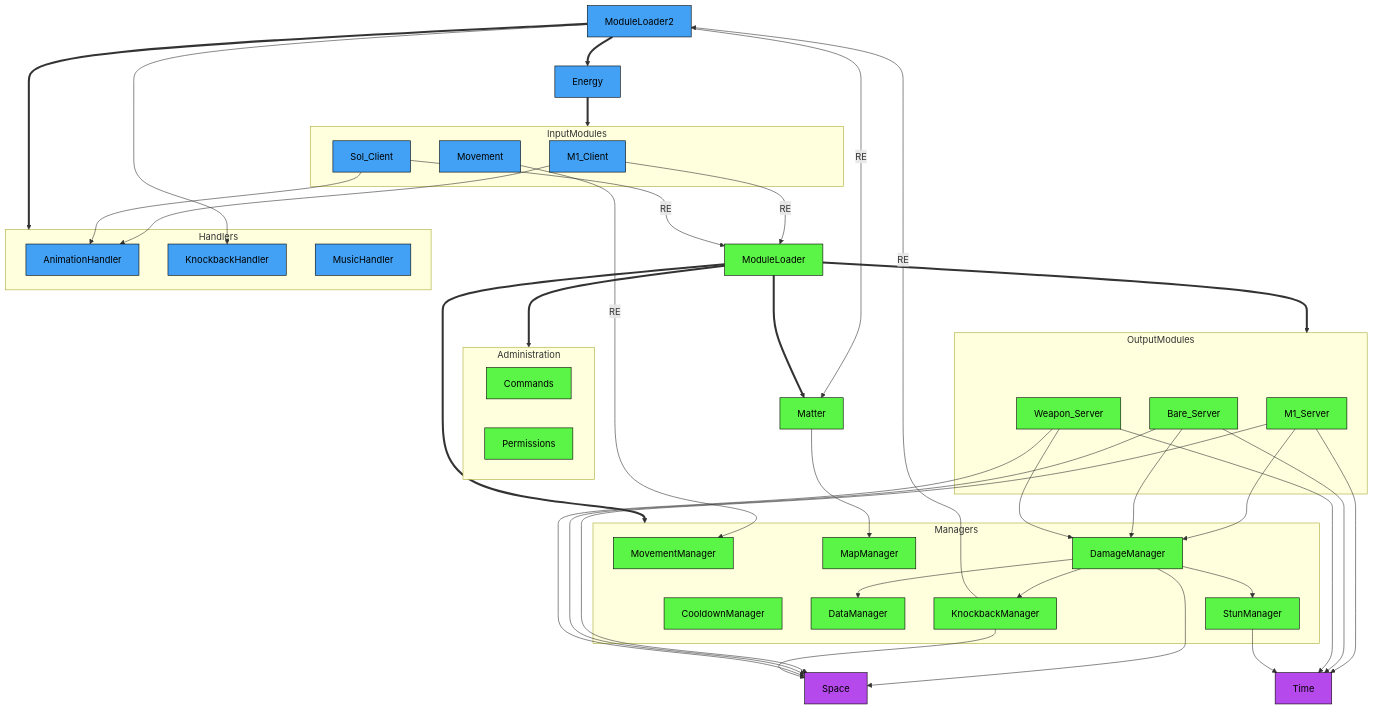
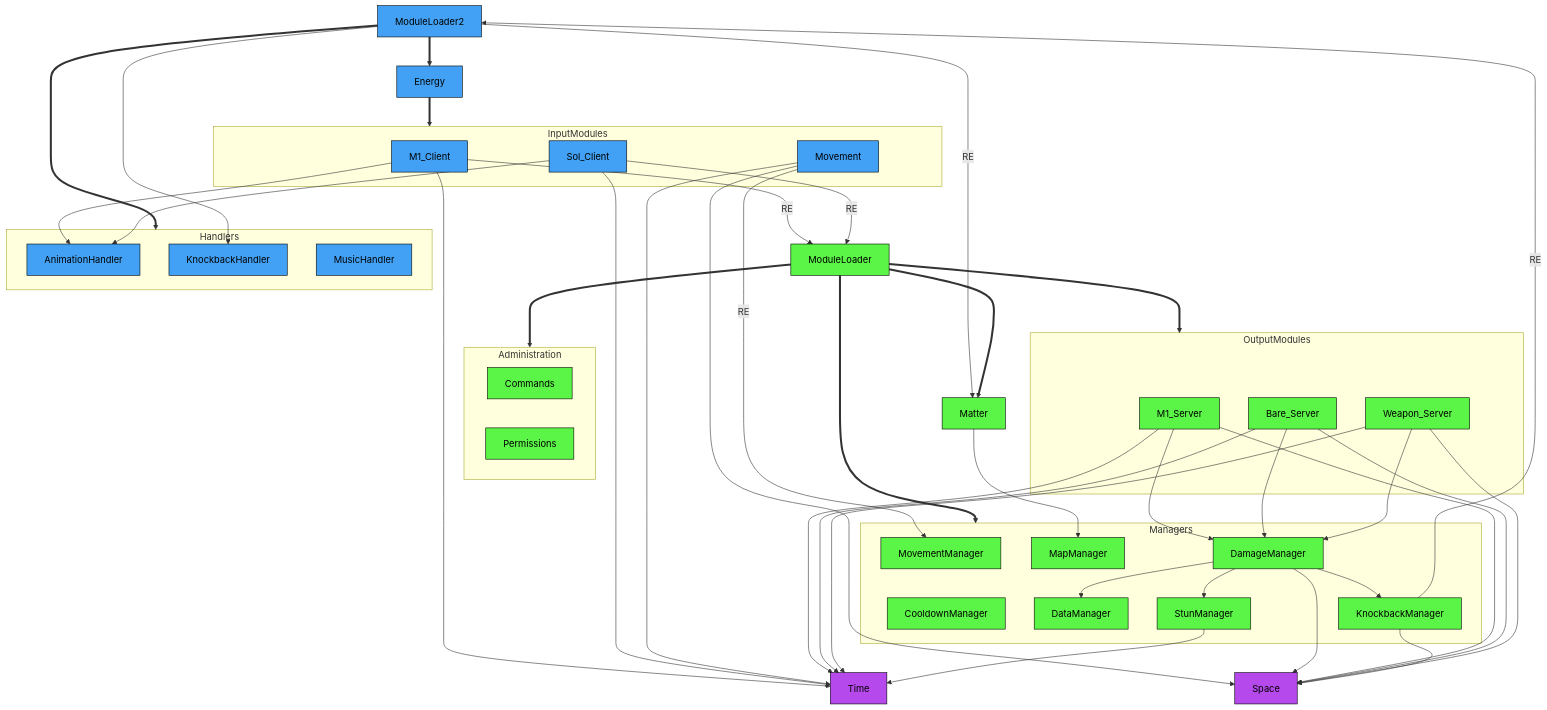
Before and after one commit to altair5607249/Crusaders-Game: the diagram in README.md, drawn with Mermaid.

````diff
--- a/README.md
+++ b/README.md
@@ -38,75 +38,80 @@
 ```mermaid
 flowchart TB;
 
   classDef serverNode fill:#5bf547,stroke:#000000,color:#000000
   classDef clientNode fill:#42a1f5,stroke:#000000,color:#000000
   classDef universalNode fill:#b549eb,stroke:#000000,color:#000000
 
   ModuleLoader2==>Energy;
   ModuleLoader2==>Handlers;
   ModuleLoader2-->|RE| Matter;
   Energy==>InputModules;
 
   subgraph Handlers
     AnimationHandler;
     KnockbackHandler;
     MusicHandler;
   end
 
   subgraph InputModules
     M1_Client;
     Sol_Client;
     Movement;
   end
 
   M1_Client-->AnimationHandler;
   Sol_Client-->AnimationHandler;
   M1_Client-->|RE| ModuleLoader;
   Sol_Client-->|RE| ModuleLoader;
   Movement-->|RE| MovementManager;
+  M1_Client-->Time;
+  Sol_Client-->Time;
+  Movement-->Time;
+  Movement-->Space;
+
   ModuleLoader==>Administration;
   ModuleLoader==>Managers;
   ModuleLoader==>OutputModules;
   ModuleLoader==>Matter
   Matter-->MapManager;
 
   subgraph Administration
     Commands;
     Permissions;
   end
 
   subgraph Managers
     CooldownManager;
     DamageManager;
     DataManager;
     KnockbackManager;
     MapManager;
     MovementManager;
     StunManager;
   end
 
   subgraph OutputModules
     M1_Server-->DamageManager;
     Bare_Server-->DamageManager;
     Weapon_Server-->DamageManager;
   end
 
   DamageManager-->Space;
   DamageManager-->DataManager;
   DamageManager-->KnockbackManager;
   DamageManager-->StunManager;
   M1_Server-->Time;
   Bare_Server-->Time;
   Weapon_Server-->Time;
   StunManager-->Time;
   M1_Server-->Space;
   Bare_Server-->Space;
   Weapon_Server-->Space;
   KnockbackManager-->Space;
-  KnockbackManager-->|RE| ModuleLoader2
+  KnockbackManager-->|RE| ModuleLoader2;
   ModuleLoader2-->KnockbackHandler;
 
   class ModuleLoader,M1_Server,Bare_Server,Weapon_Server,MovementManager,Commands,Permissions,CooldownManager,DamageManager,DataManager,KnockbackManager,MapManager,MovementManager,StunManager,Matter serverNode;
   class ModuleLoader2,Energy,M1_Client,Sol_Client,Movement,AnimationHandler,KnockbackHandler,MusicHandler clientNode;
   class Space,Time universalNode;
 ```
````
